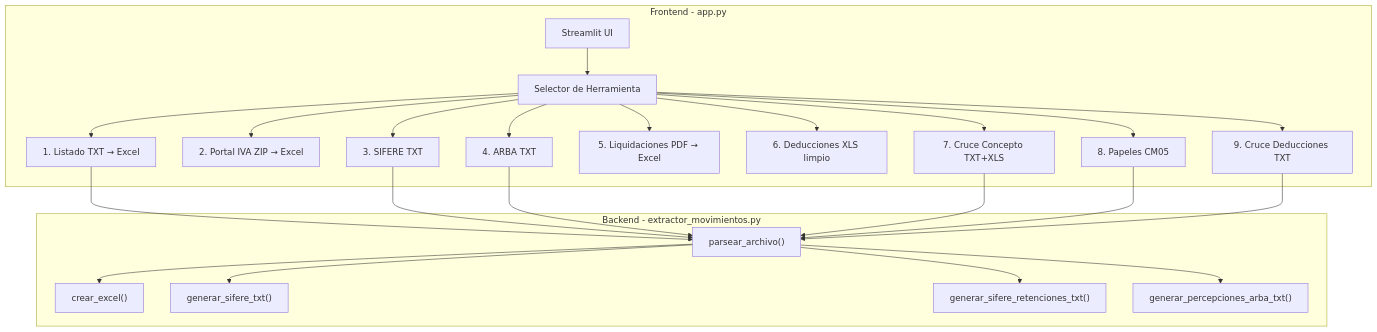
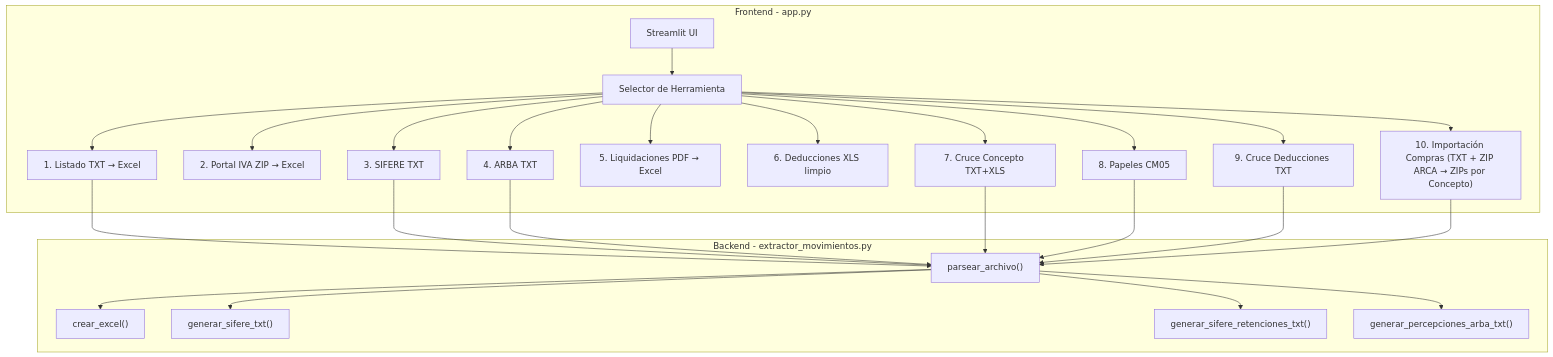
The first of 4 diagrams in DOCUMENTACION.md (capano-andres/movimientos-a-excel), drawn with Mermaid before and after one commit. The commit also changed other lines of this file and 1 other file, not shown here.

Commit message:
IMPORTACION COMPRAS POR CONCEPTO

````diff
--- a/DOCUMENTACION.md
+++ b/DOCUMENTACION.md
@@ -52,29 +51,31 @@
 ```mermaid
 graph TD
     subgraph "Frontend - app.py"
         A[Streamlit UI] --> B[Selector de Herramienta]
         B --> H1["1. Listado TXT → Excel"]
         B --> H2["2. Portal IVA ZIP → Excel"]
         B --> H3["3. SIFERE TXT"]
         B --> H4["4. ARBA TXT"]
         B --> H5["5. Liquidaciones PDF → Excel"]
         B --> H6["6. Deducciones XLS limpio"]
         B --> H7["7. Cruce Concepto TXT+XLS"]
         B --> H8["8. Papeles CM05"]
         B --> H9["9. Cruce Deducciones TXT"]
+        B --> H10["10. Importación Compras (TXT + ZIP ARCA → ZIPs por Concepto)"]
     end
 
     subgraph "Backend - extractor_movimientos.py"
         P["parsear_archivo()"] --> C["crear_excel()"]
         P --> S1["generar_sifere_txt()"]
         P --> S2["generar_sifere_retenciones_txt()"]
         P --> S3["generar_percepciones_arba_txt()"]
     end
 
     H1 --> P
     H3 --> P
     H4 --> P
     H7 --> P
     H8 --> P
     H9 --> P
+    H10 --> P
 ```
````
